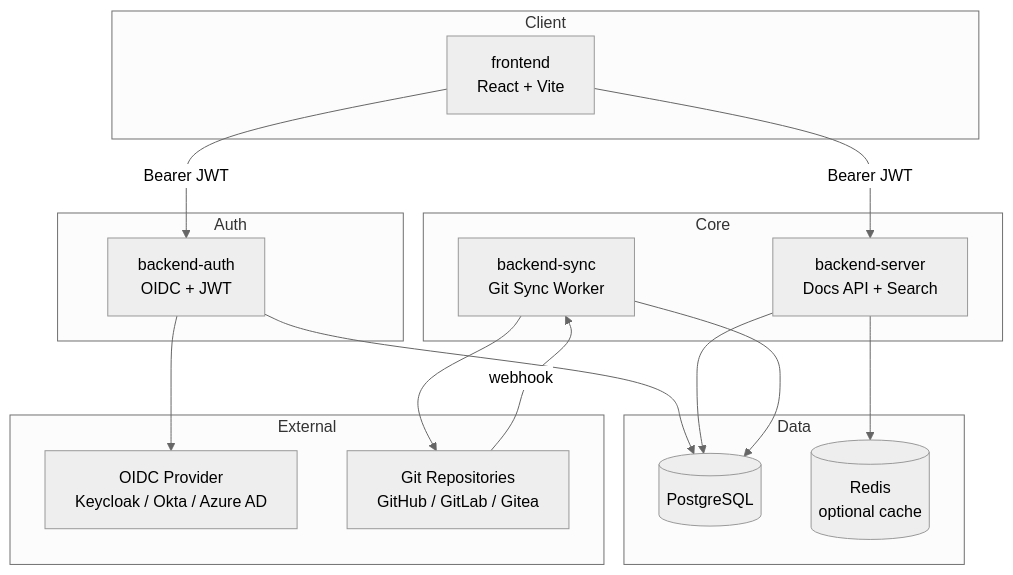
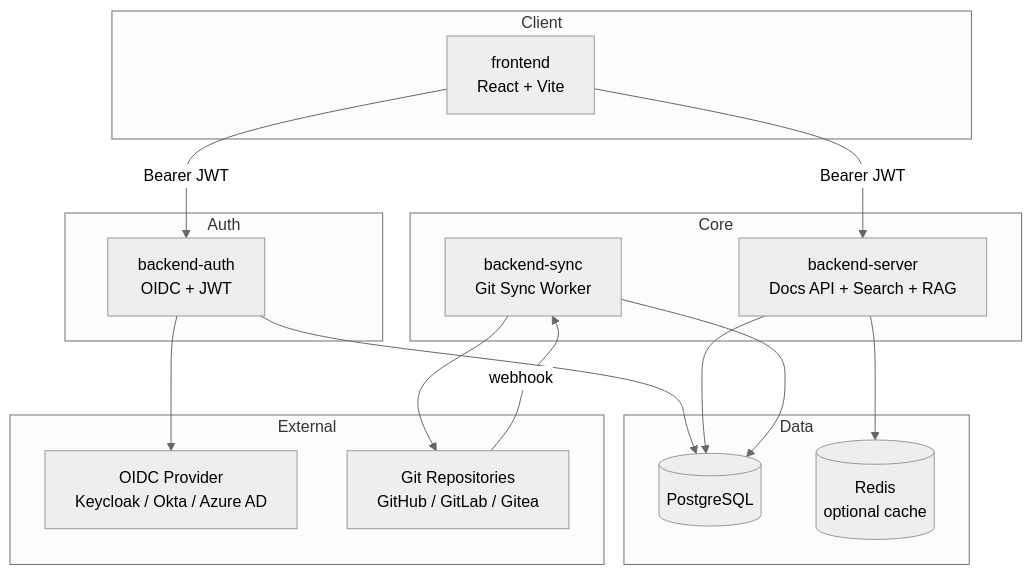
Before and after one commit to konstpic/treepage: the first of 3 diagrams in docs/en/reference/architecture.md, drawn with Mermaid (neutral theme). The commit also changed other lines of this file and 37 other files, not shown here.

````diff
--- a/docs/en/reference/architecture.md
+++ b/docs/en/reference/architecture.md
@@ -5,35 +5,35 @@
 ```mermaid
 flowchart TB
     subgraph Client
         FE[frontend<br/>React + Vite]
     end
 
     subgraph Auth
         AUTH[backend-auth<br/>OIDC + JWT]
     end
 
     subgraph Core
-        SRV[backend-server<br/>Docs API + Search]
+        SRV[backend-server<br/>Docs API + Search + RAG]
         SYNC[backend-sync<br/>Git Sync Worker]
     end
 
     subgraph Data
         PG[(PostgreSQL)]
         RD[(Redis<br/>optional cache)]
     end
 
     subgraph External
         OIDC[OIDC Provider<br/>Keycloak / Okta / Azure AD]
         GIT[Git Repositories<br/>GitHub / GitLab / Gitea]
     end
 
     FE -->|Bearer JWT| AUTH
     FE -->|Bearer JWT| SRV
     AUTH --> OIDC
     AUTH --> PG
     SRV --> PG
     SRV --> RD
     SYNC --> PG
     SYNC --> GIT
     GIT -->|webhook| SYNC
 ```
````
